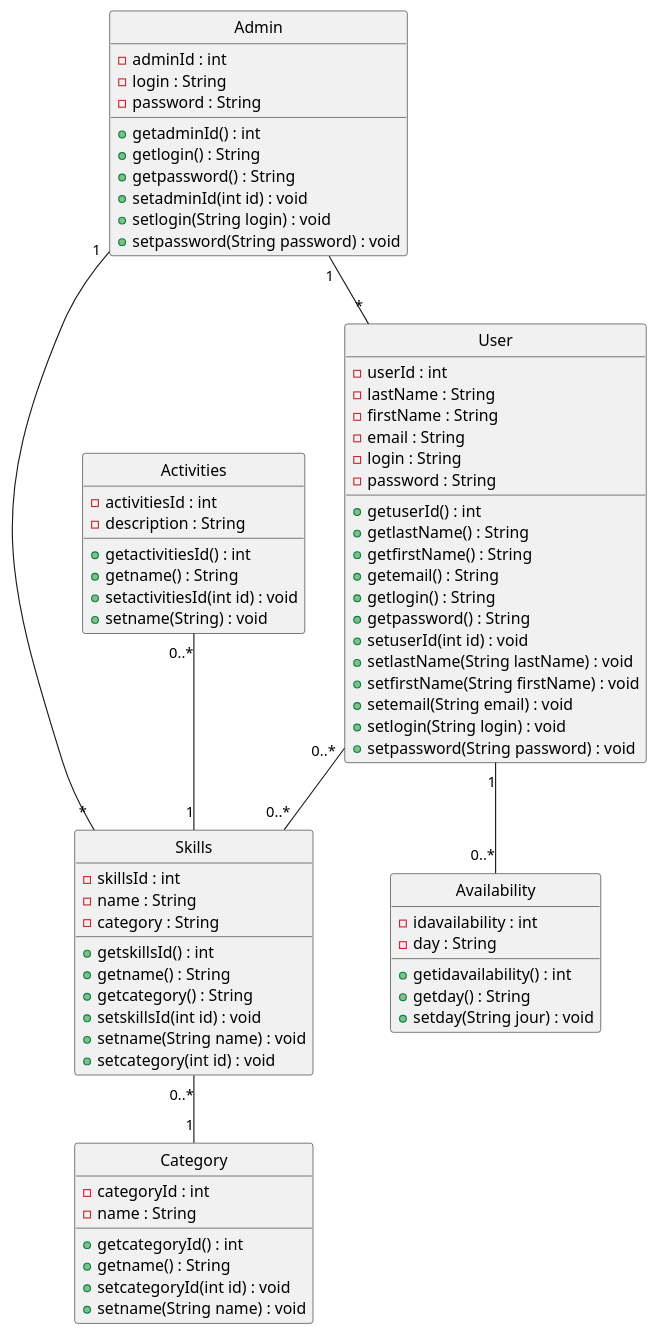
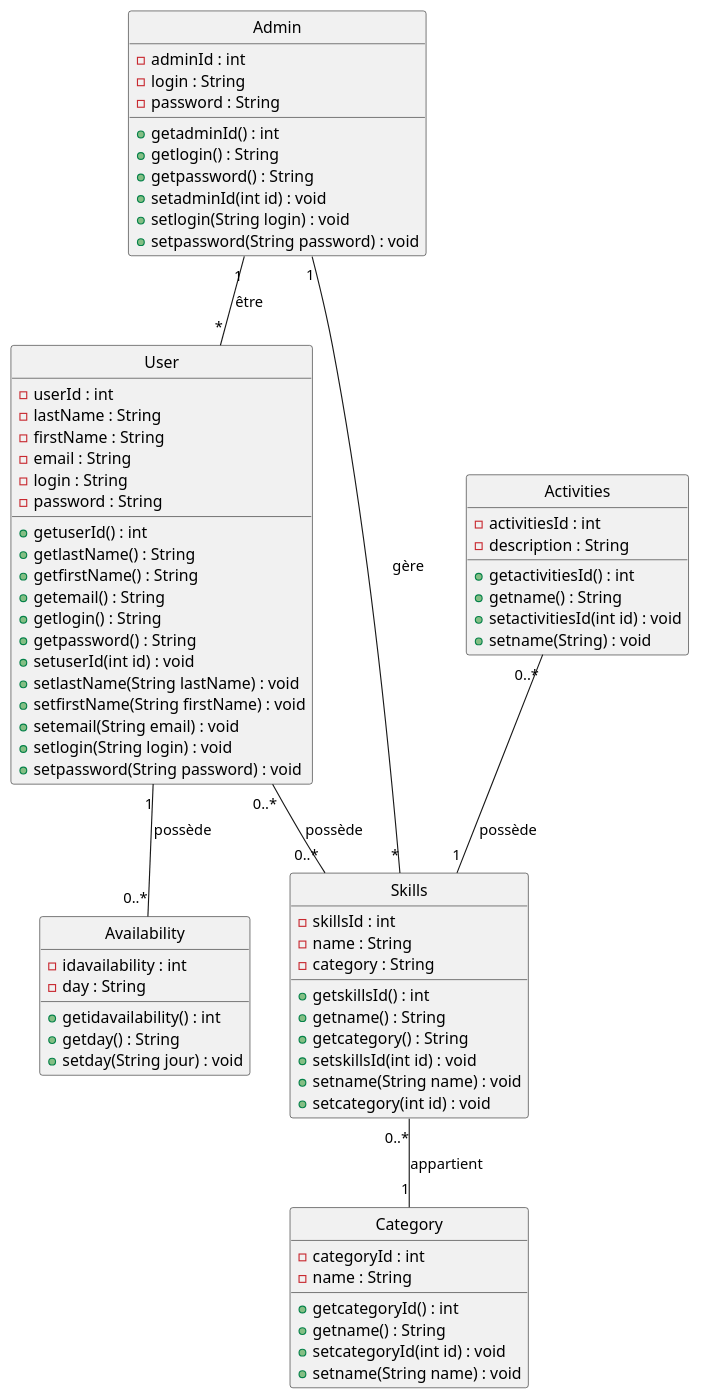
Before and after one commit to PinsolleP/HelpUs: the diagram in Conception/Diag_classes.puml, drawn with PlantUML.

Commit message:
Conception/Diag_classes.puml : Ajout nom des liens

```diff
--- a/Conception/Diag_classes.puml
+++ b/Conception/Diag_classes.puml
@@ -1,84 +1,84 @@
 @startuml Class Diagram
 skinparam Style strictuml
 
 class User {
     -userId : int
     -lastName : String
     -firstName : String
     -email : String
     -login : String
     -password : String
     +getuserId() : int
     +getlastName() : String
     +getfirstName() : String
     +getemail() : String
     +getlogin() : String
     +getpassword() : String
     +setuserId(int id) : void
     +setlastName(String lastName) : void
     +setfirstName(String firstName) : void
     +setemail(String email) : void
     +setlogin(String login) : void
     +setpassword(String password) : void
 }
 
 class Admin {
     -adminId : int
     -login : String
     -password : String
     +getadminId() : int
     +getlogin() : String
     +getpassword() : String
     +setadminId(int id) : void
     +setlogin(String login) : void
     +setpassword(String password) : void
 }
 
 class Skills {
     -skillsId : int
     -name : String
     -category : String
     +getskillsId() : int
     +getname() : String
     +getcategory() : String
     +setskillsId(int id) : void
     +setname(String name) : void
     +setcategory(int id) : void
 }
 
 class Category {
     -categoryId : int
     -name : String
     +getcategoryId() : int
     +getname() : String
     +setcategoryId(int id) : void
     +setname(String name) : void
 }
 
 class Activities {
     -activitiesId : int
     -description : String
     +getactivitiesId() : int
     +getname() : String
     +setactivitiesId(int id) : void
     +setname(String) : void
 }
 
 class Availability {
     - idavailability : int
     - day : String
 
     + getidavailability() : int
     + getday() : String
     + setday(String jour) : void
 }
 
-Skills "0..*" -- "1" Category
-User "0..*" -- "0..*" Skills
-Activities "0..*" -- "1" Skills
-Admin "1" -- "*" User
-Admin "1" -- "*" Skills
-User "1" -- "0..*" Availability
+Skills "0..*" -- "1" Category : appartient
+User "0..*" -- "0..*" Skills : possède
+Activities "0..*" -- "1" Skills : possède
+Admin "1" -- "*" User : être
+Admin "1" -- "*" Skills : gère
+User "1" -- "0..*" Availability : possède
 
 
 @enduml
```
